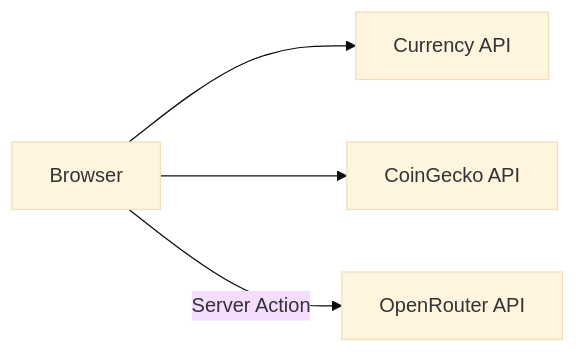
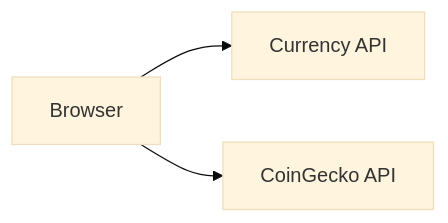
Before and after one commit to puri-adityakumar/astraa: the diagram in docs/API.md, drawn with Mermaid (base theme). The commit also changed other lines of this file and 6 other files, not shown here.

````diff
--- a/docs/API.md
+++ b/docs/API.md
@@ -18,11 +18,9 @@
 ```mermaid
 graph LR
     Client[Browser]
     Currency[Currency API]
     Crypto[CoinGecko API]
-    AI[OpenRouter API]
 
     Client --> Currency
     Client --> Crypto
-    Client --> |Server Action| AI
 ```
````
